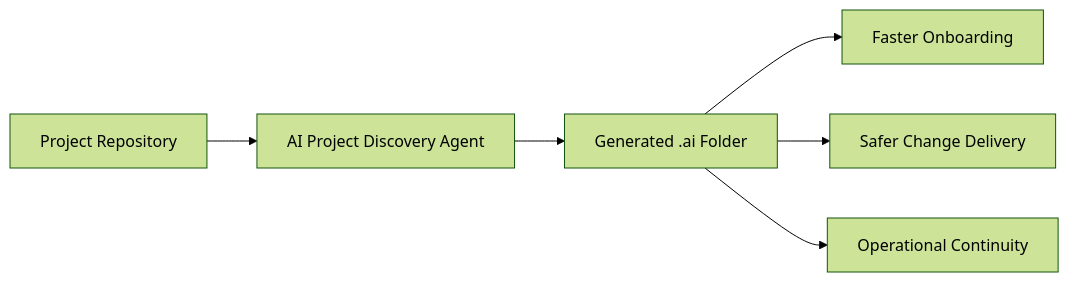
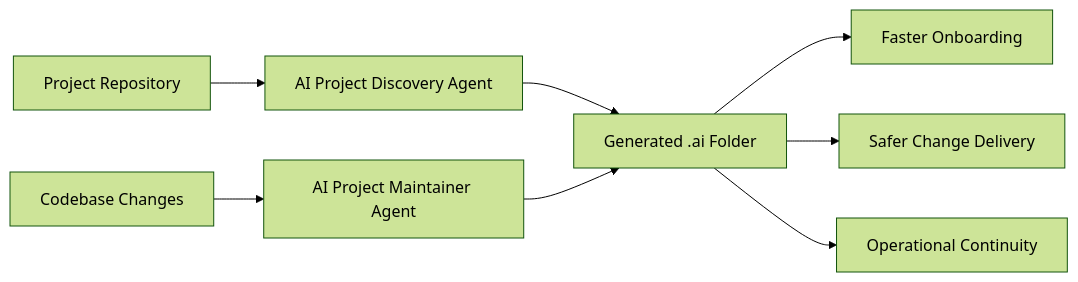
Before and after one commit to dept/beno-dept-internal-agentic-ms: the diagram in README.md, drawn with Mermaid (forest theme). The commit also changed other lines of this file and 7 other files, not shown here.

Commit message:
Add AI Project Maintainer Agent and enhance documentation for agent workflows

````diff
--- a/README.md
+++ b/README.md
@@ -15,8 +15,10 @@
 ```mermaid
 flowchart LR
     A[Project Repository] --> B[AI Project Discovery Agent]
     B --> C[Generated .ai Folder]
     C --> D[Faster Onboarding]
     C --> E[Safer Change Delivery]
     C --> F[Operational Continuity]
+    G[Codebase Changes] --> H[AI Project Maintainer Agent]
+    H --> C
 ```
````
